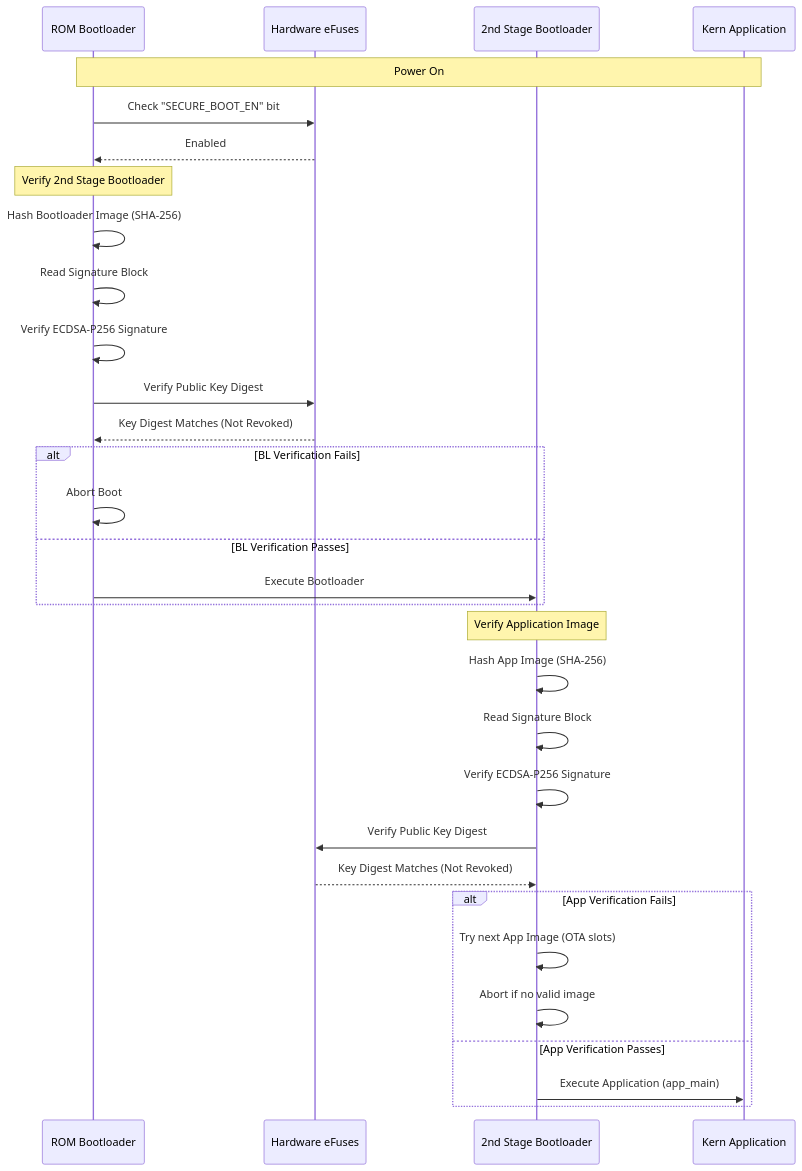
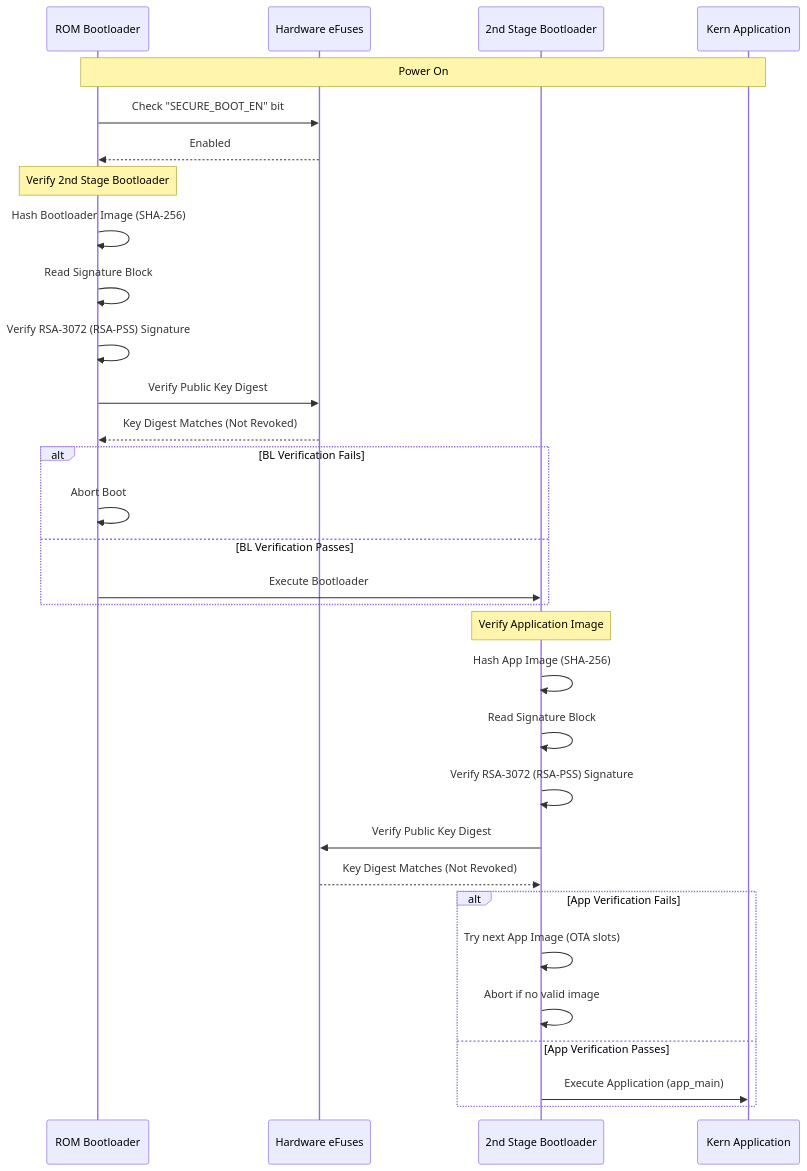
Before and after one commit to wolgwang1729/SoB-SeedSigner-Bootloader-Journey: the seventh of 10 diagrams in LiteratureReview.MD, drawn with Mermaid. The commit also changed other lines of this file and 866 other files, not shown here.

````diff
--- a/LiteratureReview.MD
+++ b/LiteratureReview.MD
@@ -963,38 +967,38 @@
 ```mermaid
 sequenceDiagram
     participant ROM as ROM Bootloader
     participant eFuse as Hardware eFuses
     participant BL as 2nd Stage Bootloader
     participant App as Kern Application
 
     Note over ROM,App: Power On
     ROM->>eFuse: Check "SECURE_BOOT_EN" bit
     eFuse-->>ROM: Enabled
 
     Note over ROM: Verify 2nd Stage Bootloader
     ROM->>ROM: Hash Bootloader Image (SHA-256)
     ROM->>ROM: Read Signature Block
-    ROM->>ROM: Verify ECDSA-P256 Signature
+    ROM->>ROM: Verify RSA-3072 (RSA-PSS) Signature
     ROM->>eFuse: Verify Public Key Digest
     eFuse-->>ROM: Key Digest Matches (Not Revoked)
     
     alt BL Verification Fails
         ROM->>ROM: Abort Boot
     else BL Verification Passes
         ROM->>BL: Execute Bootloader
     end
 
     Note over BL: Verify Application Image
     BL->>BL: Hash App Image (SHA-256)
     BL->>BL: Read Signature Block
-    BL->>BL: Verify ECDSA-P256 Signature
+    BL->>BL: Verify RSA-3072 (RSA-PSS) Signature
     BL->>eFuse: Verify Public Key Digest
     eFuse-->>BL: Key Digest Matches (Not Revoked)
 
     alt App Verification Fails
         BL->>BL: Try next App Image (OTA slots)
         BL->>BL: Abort if no valid image
     else App Verification Passes
         BL->>App: Execute Application (app_main)
     end
 ```
````
